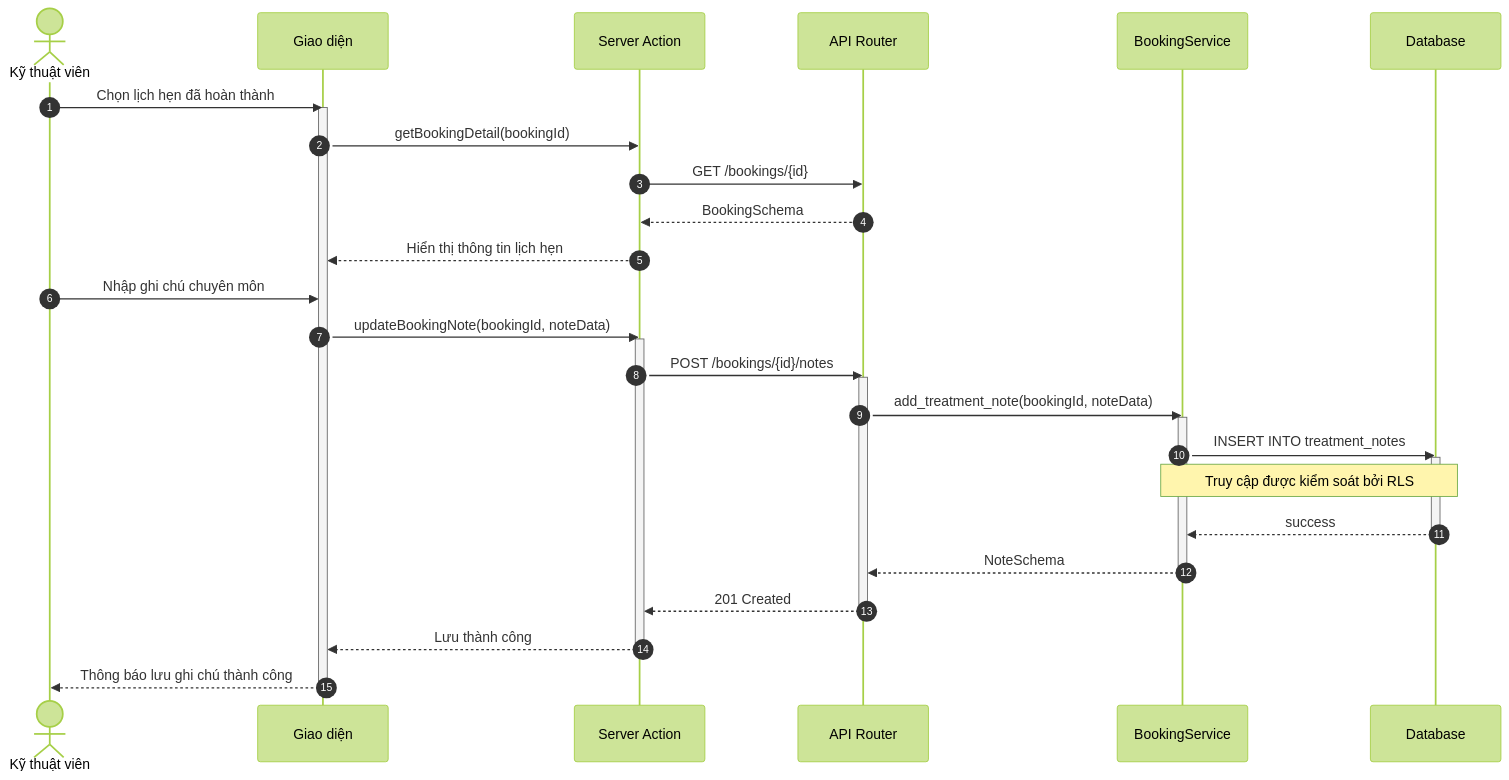
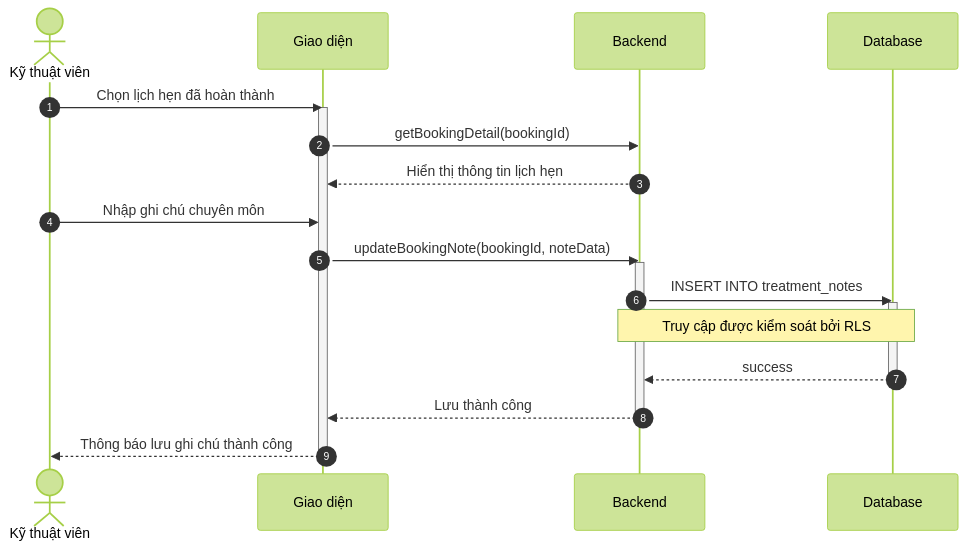
The second of 2 diagrams in docs/design/sequences/technician_flows.md (ngoctinn/Synapse), drawn with Mermaid (forest theme) before and after one commit. The commit also changed other lines of this file and 7 other files, not shown here.

Commit message:
docs: Add initial design documentation for authentication, user flows, and algorithm specification.

````diff
--- a/docs/design/sequences/technician_flows.md
+++ b/docs/design/sequences/technician_flows.md
@@ -70,45 +56,29 @@
 ```mermaid
 sequenceDiagram
     autonumber
     actor KTV as Kỹ thuật viên
     participant UI as Giao diện
-    participant BFF as Server Action
-    participant API as API Router
-    participant S as BookingService
+    participant BE as Backend
     participant DB as Database
 
     KTV->>UI: Chọn lịch hẹn đã hoàn thành
     activate UI
-    UI->>BFF: getBookingDetail(bookingId)
-    BFF->>API: GET /bookings/{id}
-    API-->>BFF: BookingSchema
-    BFF-->>UI: Hiển thị thông tin lịch hẹn
+    UI->>BE: getBookingDetail(bookingId)
+    BE-->>UI: Hiển thị thông tin lịch hẹn
 
     KTV->>UI: Nhập ghi chú chuyên môn
-    UI->>BFF: updateBookingNote(bookingId, noteData)
-    activate BFF
+    UI->>BE: updateBookingNote(bookingId, noteData)
+    activate BE
 
-    BFF->>API: POST /bookings/{id}/notes
-    activate API
-
-    API->>S: add_treatment_note(bookingId, noteData)
-    activate S
-
-    S->>DB: INSERT INTO treatment_notes
+    BE->>DB: INSERT INTO treatment_notes
     activate DB
-    Note over S,DB: Truy cập được kiểm soát bởi RLS
-    DB-->>S: success
+    Note over BE,DB: Truy cập được kiểm soát bởi RLS
+    DB-->>BE: success
     deactivate DB
 
-    S-->>API: NoteSchema
-    deactivate S
-
-    API-->>BFF: 201 Created
-    deactivate API
-
-    BFF-->>UI: Lưu thành công
-    deactivate BFF
+    BE-->>UI: Lưu thành công
+    deactivate BE
 
     UI-->>KTV: Thông báo lưu ghi chú thành công
     deactivate UI
 ```
````
